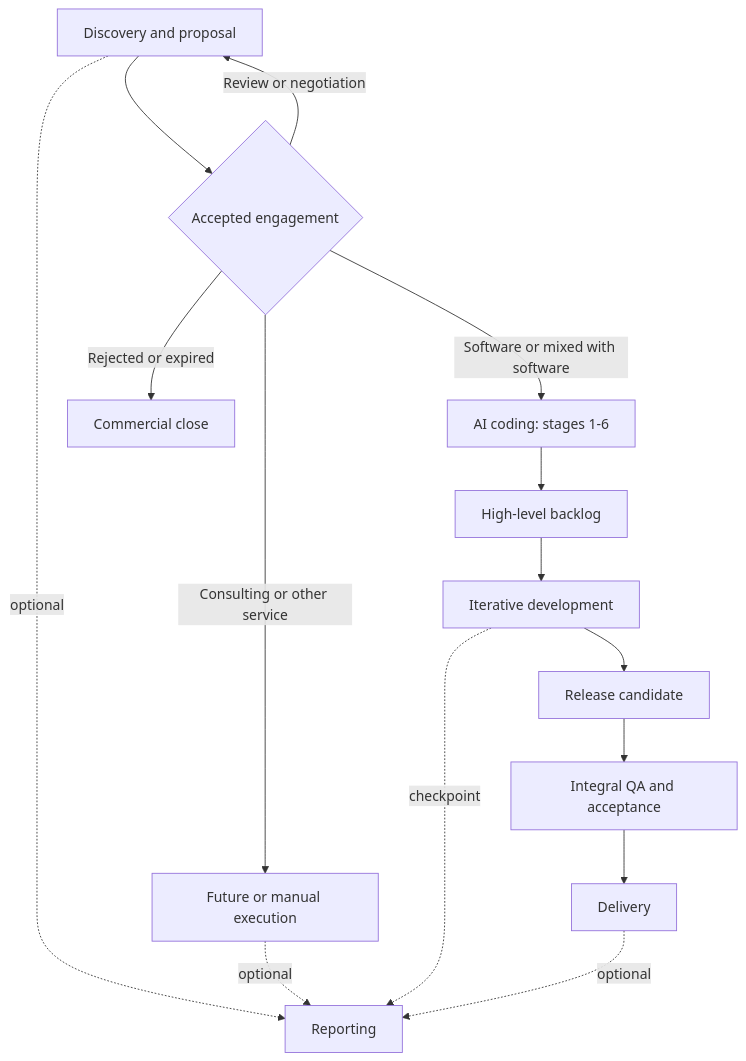
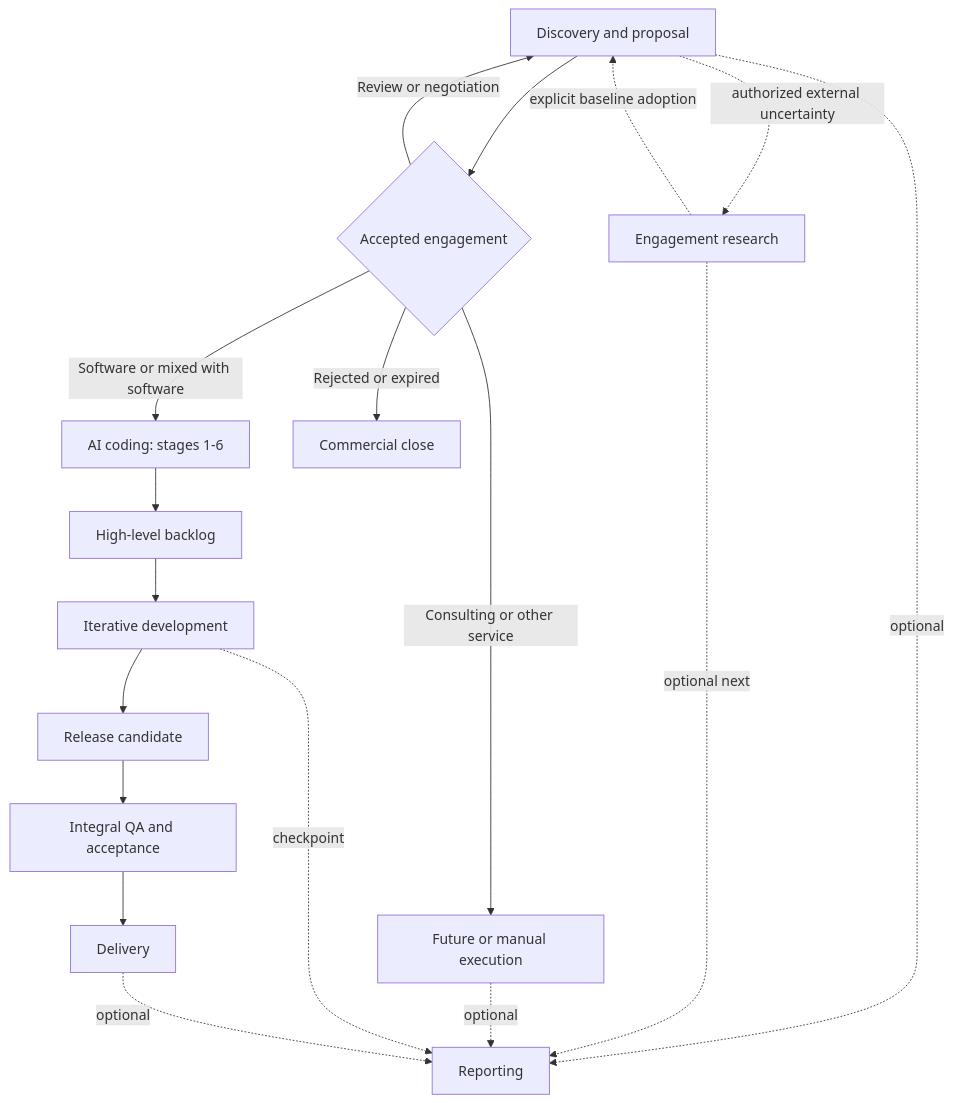
Before and after one commit to flaviogragnolati/ai-workflow: the first of 2 diagrams in README.md, drawn with Mermaid. The commit also changed other lines of this file and 39 other files, not shown here.

First line of the commit message:
Add Quasar research synthesis and workflow skills with schemas and anti-patterns

````diff
--- a/README.md
+++ b/README.md
@@ -56,19 +58,22 @@
 ```mermaid
 flowchart TB
     D["Discovery and proposal"] --> G{"Accepted engagement"}
+    D -. "authorized external uncertainty" .-> H["Engagement research"]
+    H -. "explicit baseline adoption" .-> D
     G -->|"Software or mixed with software"| A["AI coding: stages 1-6"]
     G -->|"Consulting or other service"| S["Future or manual execution"]
     G -->|"Review or negotiation"| D
     G -->|"Rejected or expired"| C["Commercial close"]
 
     A --> B["High-level backlog"]
     B --> X["Iterative development"]
     X --> RC["Release candidate"]
     RC --> Q["Integral QA and acceptance"]
     Q --> E["Delivery"]
 
     D -. "optional" .-> R["Reporting"]
+    H -. "optional next" .-> R
     S -. "optional" .-> R
     X -. "checkpoint" .-> R
     E -. "optional" .-> R
 ```
````
